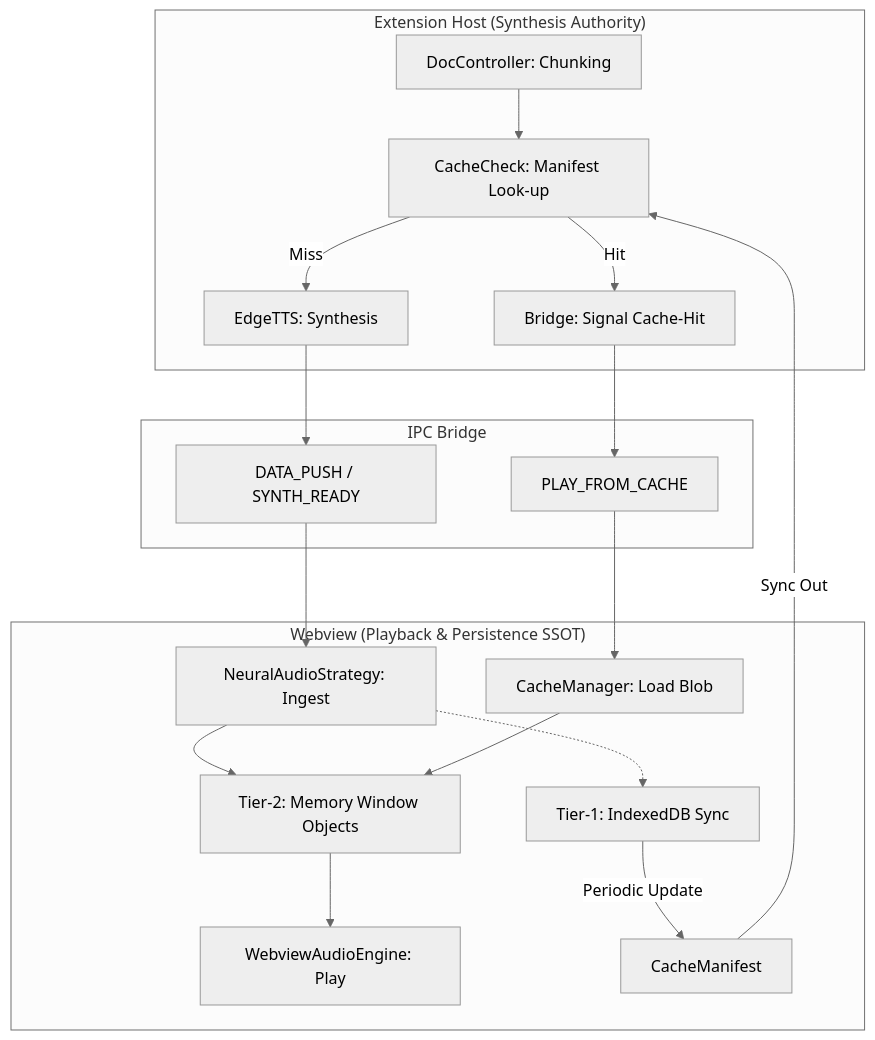
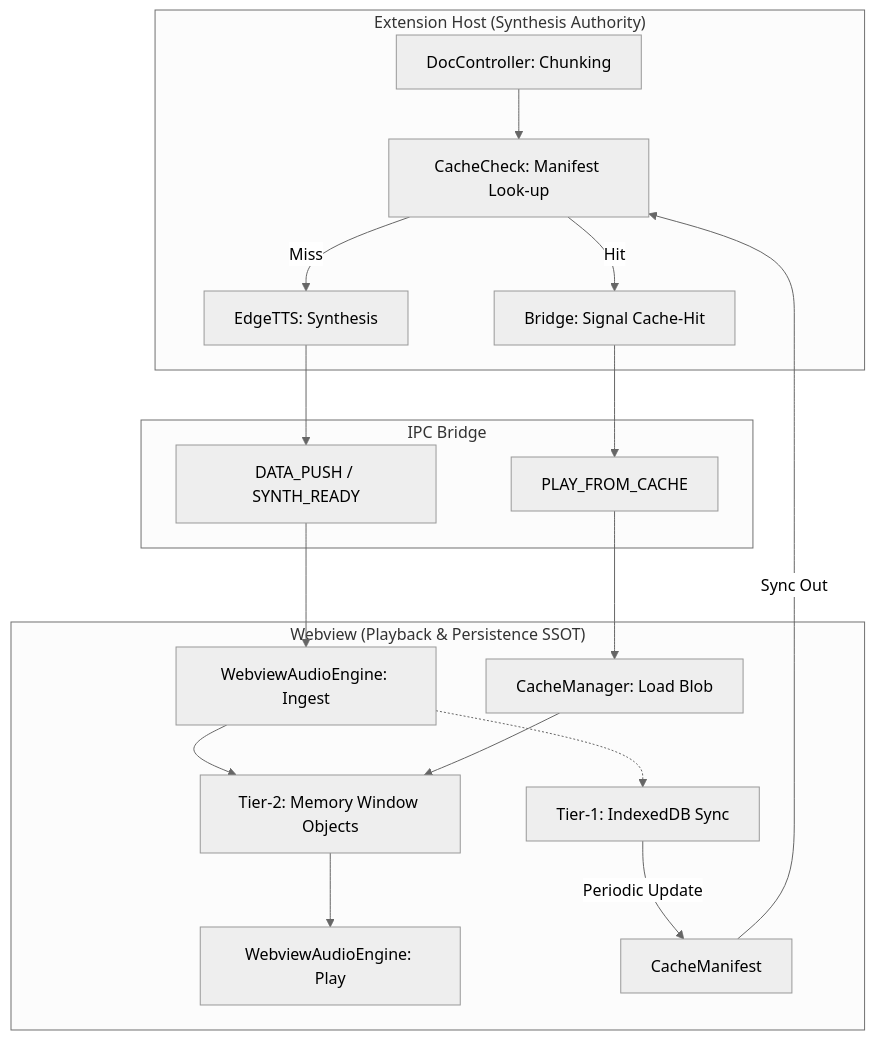
One commit to IdanDavidAviv/virgo changed the diagram in .agent/skills/system_context/SKILL.md. Above: the diagram before and after it, drawn with Mermaid (neutral theme). The commit also changed other lines of this file and 39 other files, not shown here.

````diff
--- a/.agent/skills/system_context/SKILL.md
+++ b/.agent/skills/system_context/SKILL.md
@@ -99,24 +103,24 @@
 ```mermaid
 graph TD
     subgraph "Extension Host (Synthesis Authority)"
         A[DocController: Chunking] --> B[CacheCheck: Manifest Look-up]
         B -- Miss --> E[EdgeTTS: Synthesis]
         B -- Hit --> F[Bridge: Signal Cache-Hit]
     end
 
     subgraph "IPC Bridge"
         E --> G[DATA_PUSH / SYNTH_READY]
         F --> H[PLAY_FROM_CACHE]
     end
 
     subgraph "Webview (Playback & Persistence SSOT)"
-        G --> I[NeuralAudioStrategy: Ingest]
+        G --> I[WebviewAudioEngine: Ingest]
         H --> J[CacheManager: Load Blob]
         I --> K[Tier-2: Memory Window Objects]
         J --> K
         K --> L[WebviewAudioEngine: Play]
         I -.-> M[Tier-1: IndexedDB Sync]
         M -- "Periodic Update" --> N[CacheManifest]
         N -- "Sync Out" --> B
     end
 ```
````
